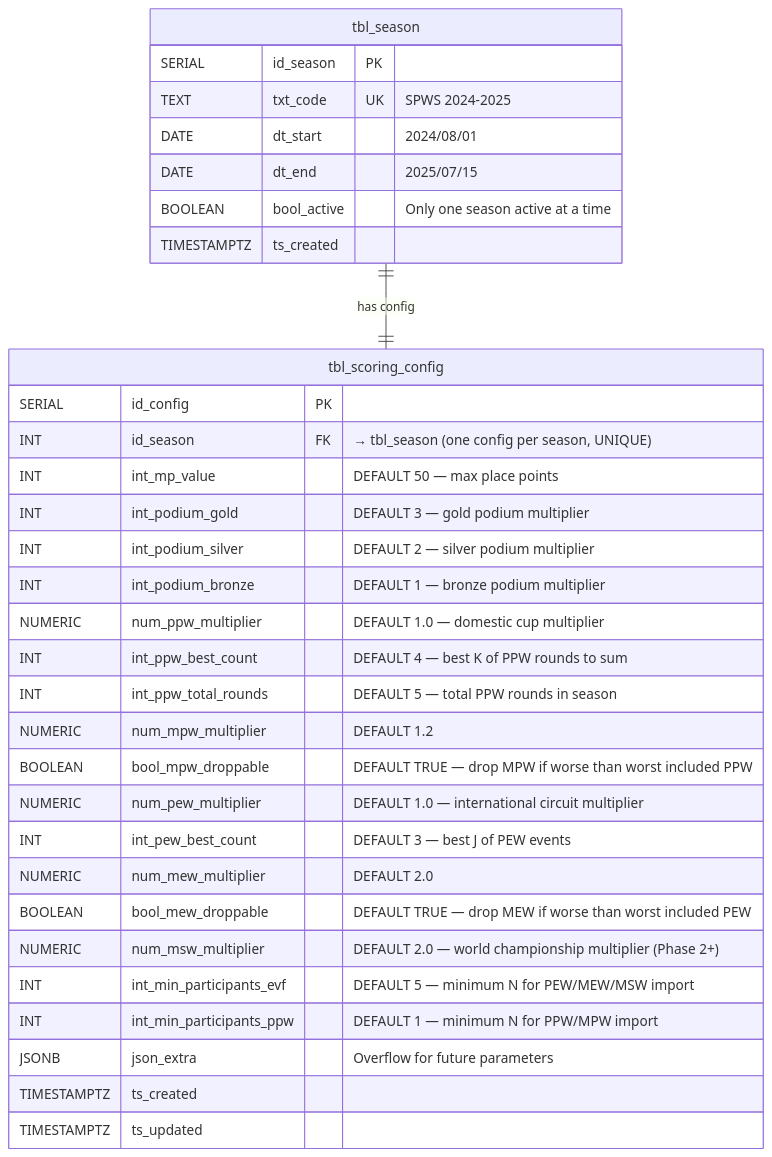
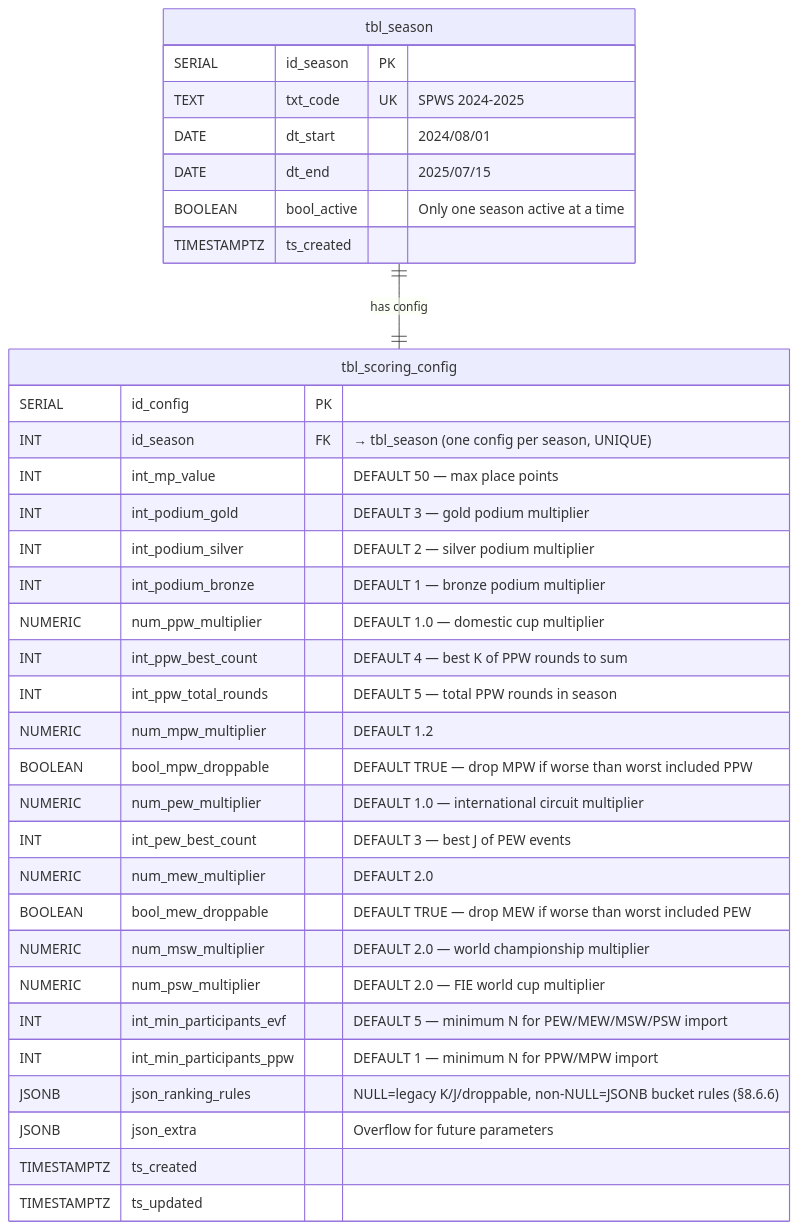
The fourth of 6 diagrams in doc/Project Specification. SPWS Automated Ranklist System.md (Fencer4Life/spws-automated-ranklist), drawn with Mermaid before and after one commit. The commit also changed other lines of this file and 30 other files, not shown here.

````diff
--- a/doc/Project Specification. SPWS Automated Ranklist System.md
+++ b/doc/Project Specification. SPWS Automated Ranklist System.md
@@ -942,37 +970,39 @@
 ```mermaid
 erDiagram
     tbl_season {
         SERIAL id_season PK
         TEXT txt_code UK "SPWS 2024-2025"
         DATE dt_start "2024/08/01"
         DATE dt_end "2025/07/15"
         BOOLEAN bool_active "Only one season active at a time"
         TIMESTAMPTZ ts_created
     }
 
     tbl_scoring_config {
         SERIAL id_config PK
         INT id_season FK "→ tbl_season (one config per season, UNIQUE)"
         INT int_mp_value "DEFAULT 50 — max place points"
         INT int_podium_gold "DEFAULT 3 — gold podium multiplier"
         INT int_podium_silver "DEFAULT 2 — silver podium multiplier"
         INT int_podium_bronze "DEFAULT 1 — bronze podium multiplier"
         NUMERIC num_ppw_multiplier "DEFAULT 1.0 — domestic cup multiplier"
         INT int_ppw_best_count "DEFAULT 4 — best K of PPW rounds to sum"
         INT int_ppw_total_rounds "DEFAULT 5 — total PPW rounds in season"
         NUMERIC num_mpw_multiplier "DEFAULT 1.2"
         BOOLEAN bool_mpw_droppable "DEFAULT TRUE — drop MPW if worse than worst included PPW"
         NUMERIC num_pew_multiplier "DEFAULT 1.0 — international circuit multiplier"
         INT int_pew_best_count "DEFAULT 3 — best J of PEW events"
         NUMERIC num_mew_multiplier "DEFAULT 2.0"
         BOOLEAN bool_mew_droppable "DEFAULT TRUE — drop MEW if worse than worst included PEW"
-        NUMERIC num_msw_multiplier "DEFAULT 2.0 — world championship multiplier (Phase 2+)"
-        INT int_min_participants_evf "DEFAULT 5 — minimum N for PEW/MEW/MSW import"
+        NUMERIC num_msw_multiplier "DEFAULT 2.0 — world championship multiplier"
+        NUMERIC num_psw_multiplier "DEFAULT 2.0 — FIE world cup multiplier"
+        INT int_min_participants_evf "DEFAULT 5 — minimum N for PEW/MEW/MSW/PSW import"
         INT int_min_participants_ppw "DEFAULT 1 — minimum N for PPW/MPW import"
+        JSONB json_ranking_rules "NULL=legacy K/J/droppable, non-NULL=JSONB bucket rules (§8.6.6)"
         JSONB json_extra "Overflow for future parameters"
         TIMESTAMPTZ ts_created
         TIMESTAMPTZ ts_updated
     }
 
     tbl_season ||--|| tbl_scoring_config : "has config"
 ```
````
